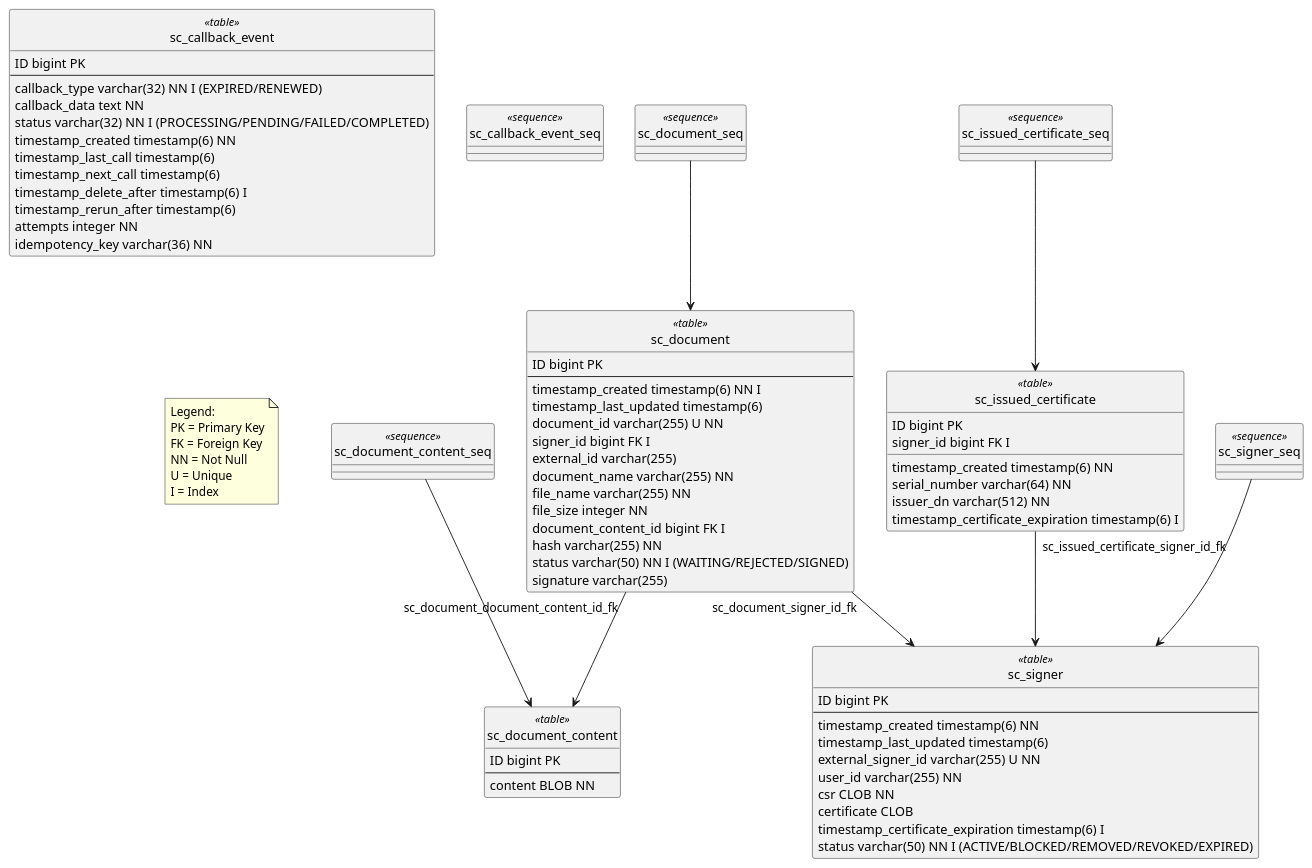
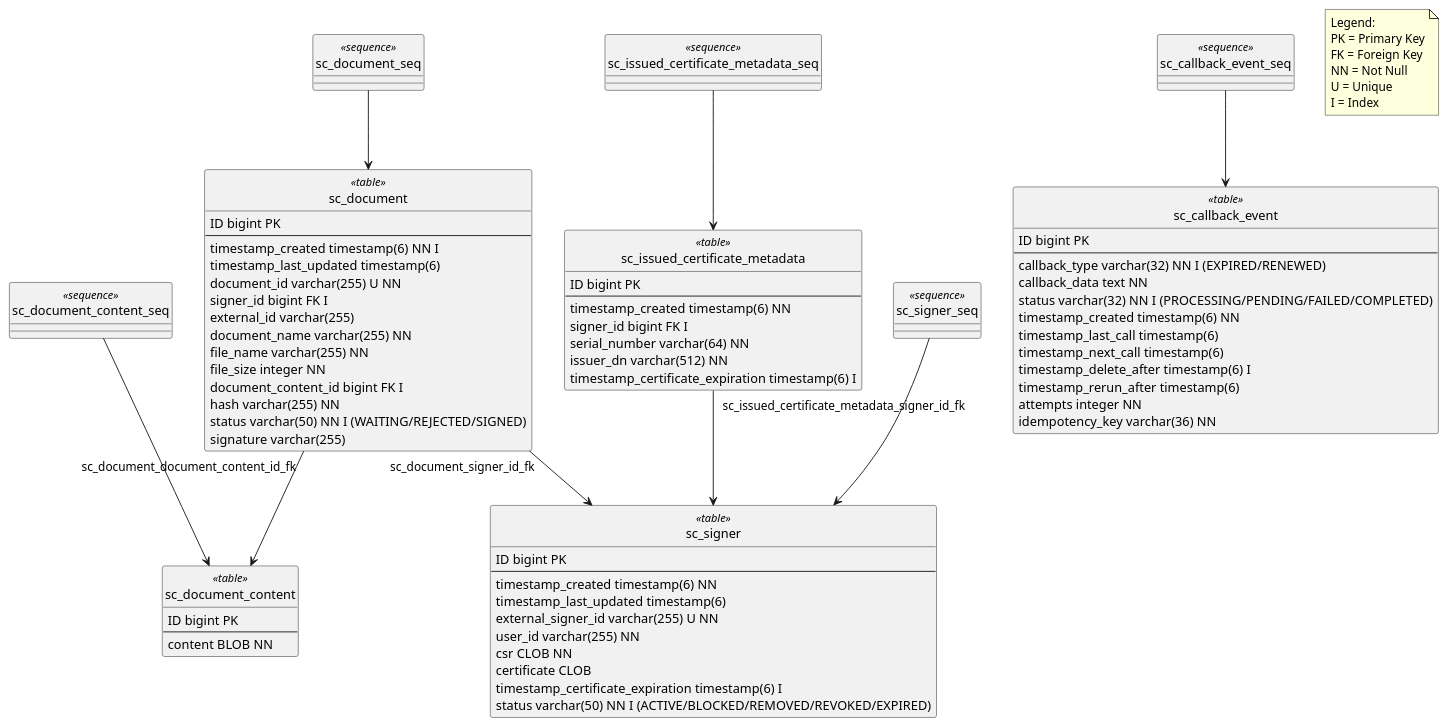
The diagram in docs-private/signer_cloud_server_database_schema.puml (wultra/signer-cloud), drawn with PlantUML before and after one commit. The commit also changed 1 other file, not shown here.

```diff
--- a/docs-private/signer_cloud_server_database_schema.puml
+++ b/docs-private/signer_cloud_server_database_schema.puml
@@ -1,88 +1,90 @@
 @startuml
 hide circle
 
 class sc_signer <<table>>{
     ID bigint PK
     --
     timestamp_created timestamp(6) NN
     timestamp_last_updated timestamp(6)
     external_signer_id varchar(255) U NN
     user_id varchar(255) NN
     csr CLOB NN
     certificate CLOB
     timestamp_certificate_expiration timestamp(6) I
     status varchar(50) NN I (ACTIVE/BLOCKED/REMOVED/REVOKED/EXPIRED)
 }
 
 class sc_document <<table>> {
     ID bigint PK
     --
     timestamp_created timestamp(6) NN I
     timestamp_last_updated timestamp(6)
     document_id varchar(255) U NN
     signer_id bigint FK I
     external_id varchar(255)
     document_name varchar(255) NN
     file_name varchar(255) NN
     file_size integer NN
     document_content_id bigint FK I
     hash varchar(255) NN
     status varchar(50) NN I (WAITING/REJECTED/SIGNED)
     signature varchar(255)
 }
 
 class sc_document_content <<table>>{
     ID bigint PK
     --
     content BLOB NN
 }
 
 class sc_callback_event <<table>> {
     ID bigint PK
     --
     callback_type varchar(32) NN I (EXPIRED/RENEWED)
     callback_data text NN
     status varchar(32) NN I (PROCESSING/PENDING/FAILED/COMPLETED)
     timestamp_created timestamp(6) NN
     timestamp_last_call timestamp(6)
     timestamp_next_call timestamp(6)
     timestamp_delete_after timestamp(6) I
     timestamp_rerun_after timestamp(6)
     attempts integer NN
     idempotency_key varchar(36) NN
 }
 
-class sc_issued_certificate <<table>> {
+class sc_issued_certificate_metadata <<table>> {
     ID bigint PK
+    --
     timestamp_created timestamp(6) NN
     signer_id bigint FK I
     serial_number varchar(64) NN
     issuer_dn varchar(512) NN
     timestamp_certificate_expiration timestamp(6) I
 }
 
 class sc_signer_seq <<sequence>>
 class sc_document_seq <<sequence>>
 class sc_document_content_seq <<sequence>>
 class sc_callback_event_seq <<sequence>>
-class sc_issued_certificate_seq <<sequence>>
+class sc_issued_certificate_metadata_seq <<sequence>>
 
 sc_signer_seq --> sc_signer
 sc_document_seq --> sc_document
 sc_document_content_seq --> sc_document_content
-sc_issued_certificate_seq --> sc_issued_certificate
+sc_callback_event_seq --> sc_callback_event
+sc_issued_certificate_metadata_seq --> sc_issued_certificate_metadata
 
 sc_document "sc_document_signer_id_fk" --> sc_signer
 sc_document "sc_document_document_content_id_fk" --> sc_document_content
-sc_issued_certificate "sc_issued_certificate_signer_id_fk" --> sc_signer
+sc_issued_certificate_metadata "sc_issued_certificate_metadata_signer_id_fk" --> sc_signer
 
 note as note1
 Legend:
 PK = Primary Key
 FK = Foreign Key
 NN = Not Null
 U = Unique
 I = Index
 end note
 
 @enduml
```
